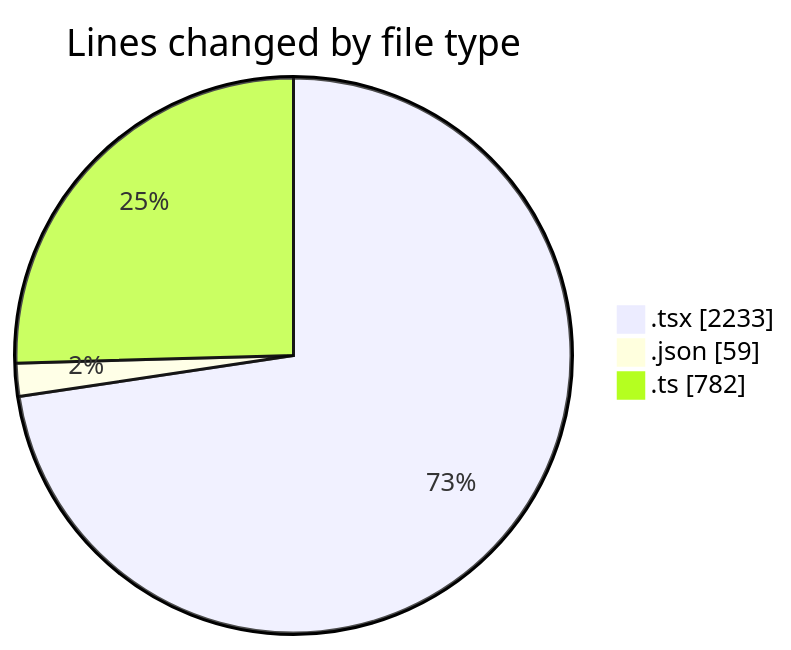
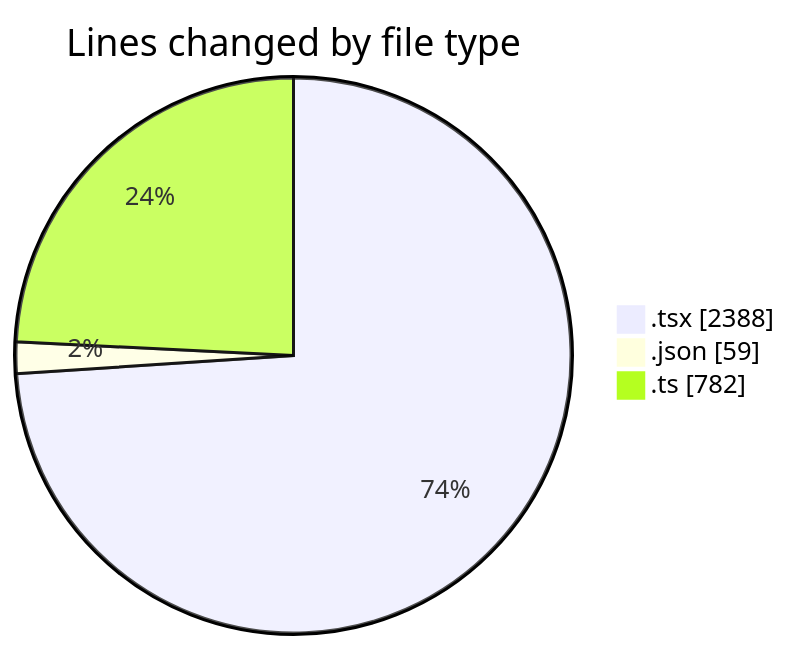
Before and after one commit to momahboobian/code-tracking: the first of 2 diagrams in 2025-11-24/cda/README.md, drawn with Mermaid. The commit also changed other lines of this file and 1 other file, not shown here.

````diff
--- a/2025-11-24/cda/README.md
+++ b/2025-11-24/cda/README.md
@@ -31,7 +31,7 @@
 ```mermaid
 pie showData
 title Lines changed by file type
-".tsx" : 2233
+".tsx" : 2388
 ".json" : 59
 ".ts" : 782
 ```
````
